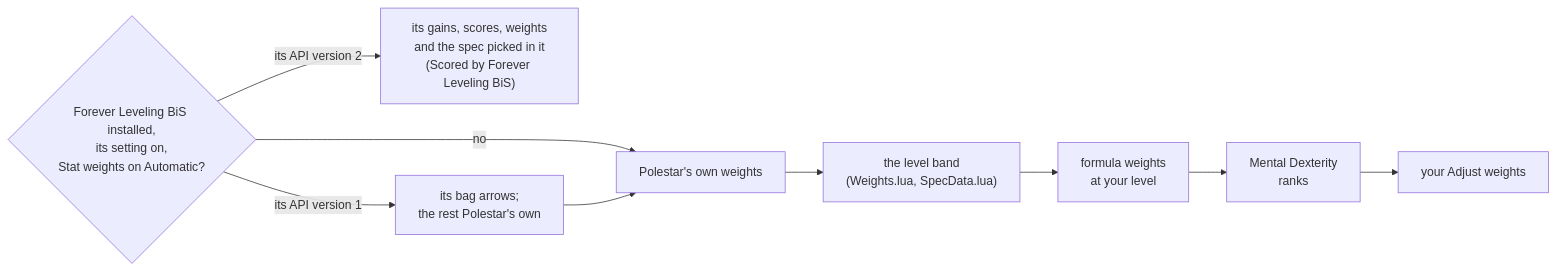
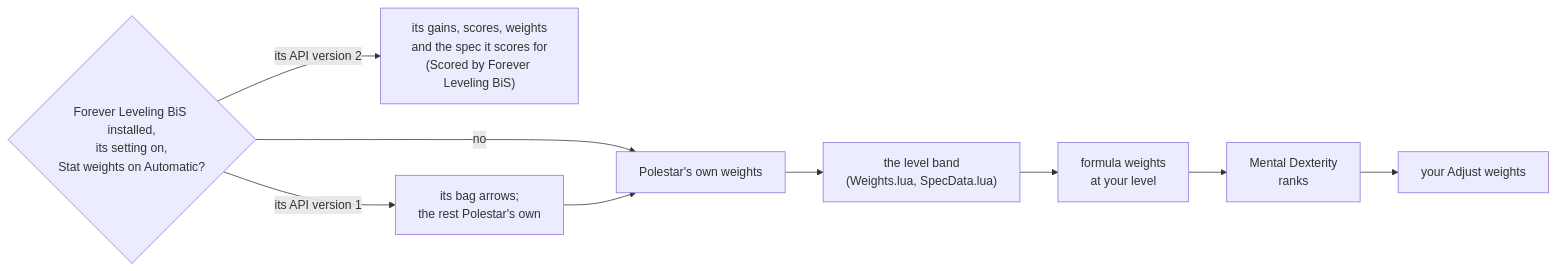
Before and after one commit to fitzforge/polestar: the diagram in docs/gear-weights.md, drawn with Mermaid. The commit also changed other lines of this file and 24 other files, not shown here.

````diff
--- a/docs/gear-weights.md
+++ b/docs/gear-weights.md
@@ -9,9 +9,9 @@
 ```mermaid
 flowchart LR
   q{"Forever Leveling BiS installed,<br/>its setting on,<br/>Stat weights on Automatic?"}
-  q -- "its API version 2" --> v2["its gains, scores, weights<br/>and the spec picked in it<br/>(Scored by Forever Leveling BiS)"]
+  q -- "its API version 2" --> v2["its gains, scores, weights<br/>and the spec it scores for<br/>(Scored by Forever Leveling BiS)"]
   q -- "its API version 1" --> v1["its bag arrows;<br/>the rest Polestar's own"]
   q -- no --> own["Polestar's own weights"]
   v1 --> own
   own --> band["the level band<br/>(Weights.lua, SpecData.lua)"] --> formula["formula weights<br/>at your level"] --> md["Mental Dexterity<br/>ranks"] --> adj["your Adjust weights"]
 ```
````
